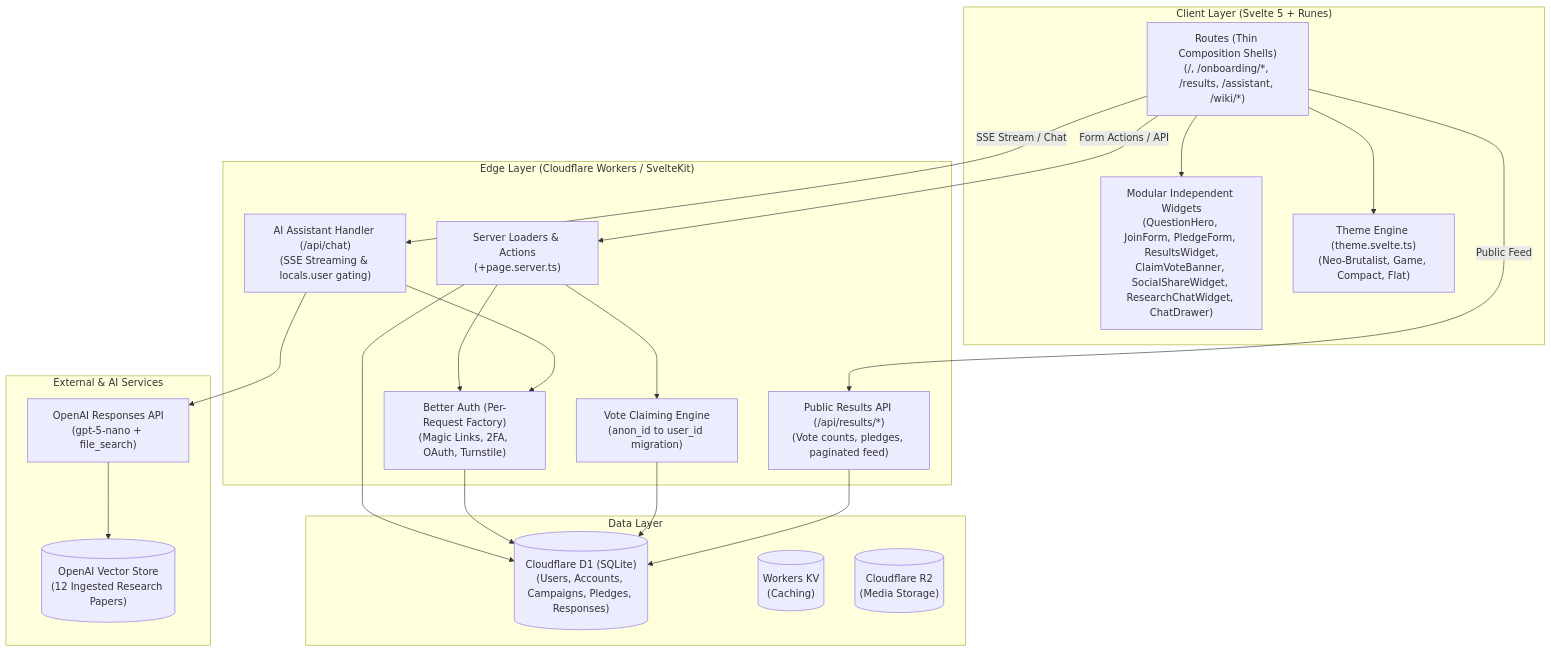
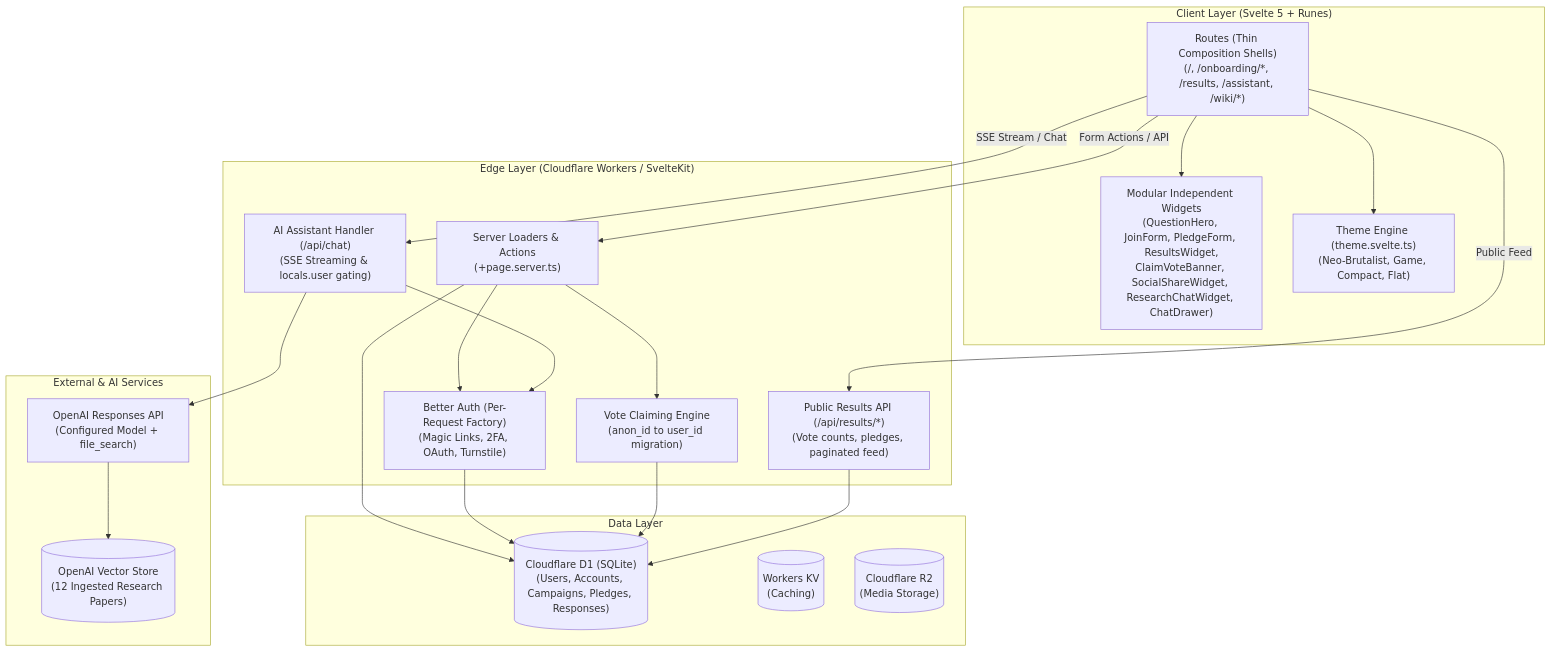
Before and after one commit to xcorat/wedontneednukes: the diagram in docs/architecture/overview.md, drawn with Mermaid. The commit also changed other lines of this file and 14 other files, not shown here.

````diff
--- a/docs/architecture/overview.md
+++ b/docs/architecture/overview.md
@@ -5,43 +5,43 @@
 ```mermaid
 graph TD
     subgraph Browser ["Client Layer (Svelte 5 + Runes)"]
         Routes["Routes (Thin Composition Shells)\n(/, /onboarding/*, /results, /assistant, /wiki/*)"]
         Widgets["Modular Independent Widgets\n(QuestionHero, JoinForm, PledgeForm, ResultsWidget,\nClaimVoteBanner, SocialShareWidget, ResearchChatWidget, ChatDrawer)"]
         Theme["Theme Engine (theme.svelte.ts)\n(Neo-Brutalist, Game, Compact, Flat)"]
         Routes --> Widgets
         Routes --> Theme
     end
 
     subgraph Edge ["Edge Layer (Cloudflare Workers / SvelteKit)"]
         ServerLoaders["Server Loaders & Actions\n(+page.server.ts)"]
         AuthFactory["Better Auth (Per-Request Factory)\n(Magic Links, 2FA, OAuth, Turnstile)"]
         ClaimEngine["Vote Claiming Engine\n(anon_id to user_id migration)"]
         ChatAPI["AI Assistant Handler (/api/chat)\n(SSE Streaming & locals.user gating)"]
         ResultsAPI["Public Results API (/api/results/*)\n(Vote counts, pledges, paginated feed)"]
 
         ServerLoaders --> AuthFactory
         ServerLoaders --> ClaimEngine
         ChatAPI --> AuthFactory
     end
 
     subgraph External ["External & AI Services"]
-        OpenAI["OpenAI Responses API\n(gpt-5-nano + file_search)"]
+        OpenAI["OpenAI Responses API\n(Configured Model + file_search)"]
         VectorStore[("OpenAI Vector Store\n(12 Ingested Research Papers)")]
         ChatAPI --> OpenAI
         OpenAI --> VectorStore
     end
 
     subgraph Data ["Data Layer"]
         DB[("Cloudflare D1 (SQLite)\n(Users, Accounts, Campaigns, Pledges, Responses)")]
         KV[("Workers KV\n(Caching)")]
         R2[("Cloudflare R2\n(Media Storage)")]
     end
 
     Routes -->|Form Actions / API| ServerLoaders
     Routes -->|SSE Stream / Chat| ChatAPI
     Routes -->|Public Feed| ResultsAPI
     ServerLoaders --> DB
     AuthFactory --> DB
     ClaimEngine --> DB
     ResultsAPI --> DB
 ```
````
